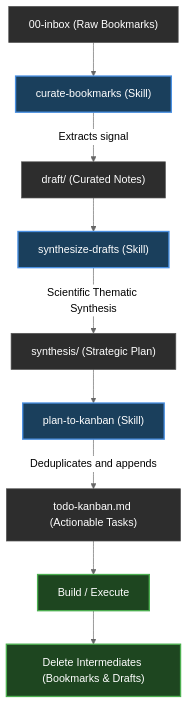
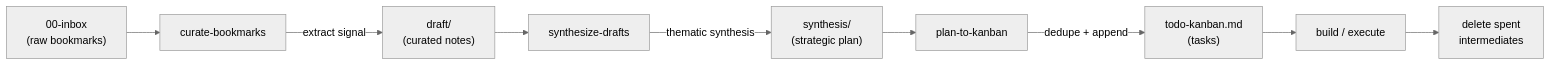
The diagram in README.md (ibrahimkobeissy/ai-second-brain-template), drawn with Mermaid (neutral theme) before and after one commit. The commit also changed other lines of this file and 84 other files, not shown here.

First line of the commit message:
feat: Productize toolkit, agent security guardrails, and safe-delete skill (#1)

````diff
--- a/README.md
+++ b/README.md
@@ -25,31 +25,11 @@
 ```mermaid
-flowchart TD
-    %% Nodes
-    Inbox["00-inbox (Raw Bookmarks)"]
-    Curate["curate-bookmarks (Skill)"]
-    Draft["draft/ (Curated Notes)"]
-    Synthesize["synthesize-drafts (Skill)"]
-    Plan["synthesis/ (Strategic Plan)"]
-    Extract["plan-to-kanban (Skill)"]
-    Kanban["todo-kanban.md (Actionable Tasks)"]
-    Execute["Build / Execute"]
-    Prune["Delete Intermediates (Bookmarks & Drafts)"]
-    
-    %% Flow
-    Inbox --> Curate
-    Curate -->|Extracts signal| Draft
-    Draft --> Synthesize
-    Synthesize -->|Scientific Thematic Synthesis| Plan
-    Plan --> Extract
-    Extract -->|Deduplicates and appends| Kanban
-    Kanban --> Execute
-    Execute --> Prune
-    
-    classDef file fill:#2d2d2d,stroke:#555,stroke-width:1px,color:#fff
-    classDef skill fill:#1a3f5c,stroke:#4a90e2,stroke-width:2px,color:#fff
-    classDef action fill:#1e4620,stroke:#4caf50,stroke-width:2px,color:#fff
-    
-    class Inbox,Draft,Plan,Kanban file
-    class Curate,Synthesize,Extract skill
-    class Execute,Prune action
+flowchart LR
+    Inbox["00-inbox<br/>(raw bookmarks)"] --> Curate["curate-bookmarks"]
+    Curate -->|extract signal| Draft["draft/<br/>(curated notes)"]
+    Draft --> Synthesize["synthesize-drafts"]
+    Synthesize -->|thematic synthesis| Plan["synthesis/<br/>(strategic plan)"]
+    Plan --> Extract["plan-to-kanban"]
+    Extract -->|dedupe + append| Kanban["todo-kanban.md<br/>(tasks)"]
+    Kanban --> Execute["build / execute"]
+    Execute --> Prune["delete spent<br/>intermediates"]
 ```
````
